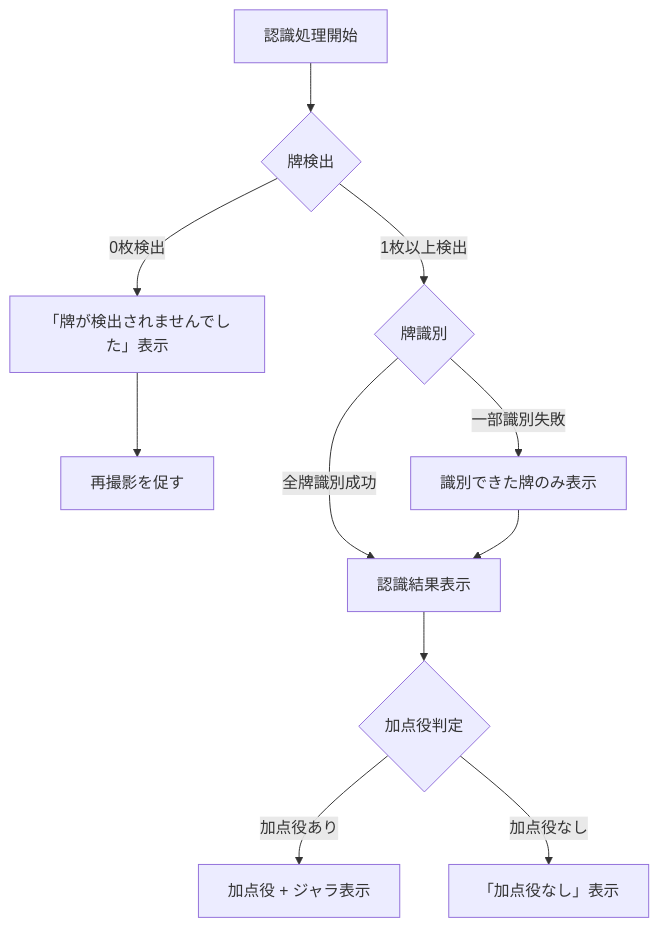
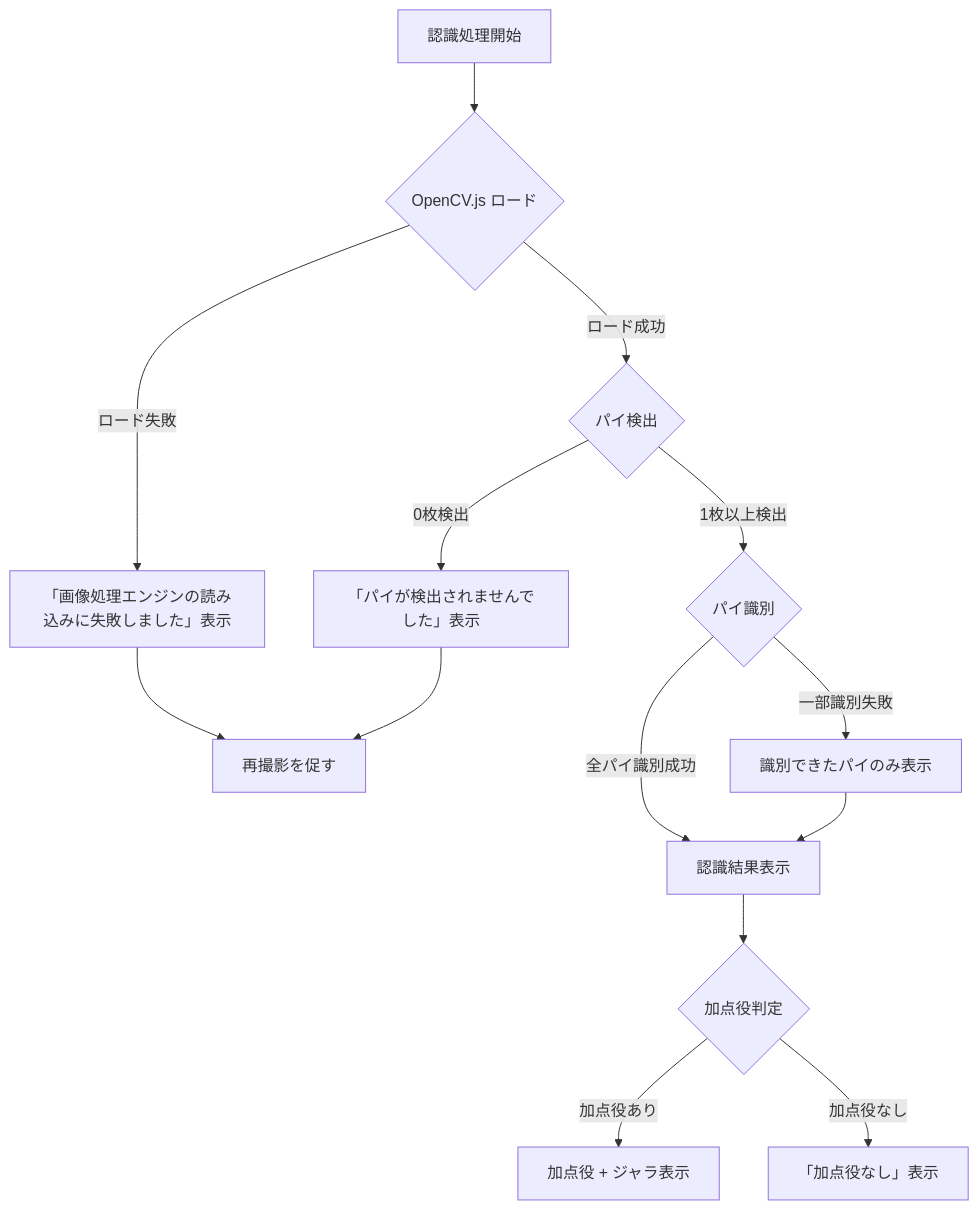
The seventh of 9 diagrams in docs/design/pie-recognition/dataflow.md (shokkunrf/nanjara), drawn with Mermaid before and after one commit. The commit also changed other lines of this file and 3 other files, not shown here.

````diff
--- a/docs/design/pie-recognition/dataflow.md
+++ b/docs/design/pie-recognition/dataflow.md
@@ -192,13 +248,16 @@
 ```mermaid
 flowchart TD
-    A[認識処理開始] --> B{牌検出}
-    B -->|0枚検出| C[「牌が検出されませんでした」表示]
-    C --> D[再撮影を促す]
-    B -->|1枚以上検出| E{牌識別}
-    E -->|全牌識別成功| F[認識結果表示]
-    E -->|一部識別失敗| G[識別できた牌のみ表示]
-    G --> F
-    F --> H{加点役判定}
-    H -->|加点役あり| I[加点役 + ジャラ表示]
-    H -->|加点役なし| J[「加点役なし」表示]
+    A[認識処理開始] --> B{OpenCV.js ロード}
+    B -->|ロード失敗| L[「画像処理エンジンの読み込みに失敗しました」表示]
+    L --> D[再撮影を促す]
+    B -->|ロード成功| C{パイ検出}
+    C -->|0枚検出| E[「パイが検出されませんでした」表示]
+    E --> D
+    C -->|1枚以上検出| F{パイ識別}
+    F -->|全パイ識別成功| G[認識結果表示]
+    F -->|一部識別失敗| H[識別できたパイのみ表示]
+    H --> G
+    G --> I{加点役判定}
+    I -->|加点役あり| J[加点役 + ジャラ表示]
+    I -->|加点役なし| K[「加点役なし」表示]
 ```
````
